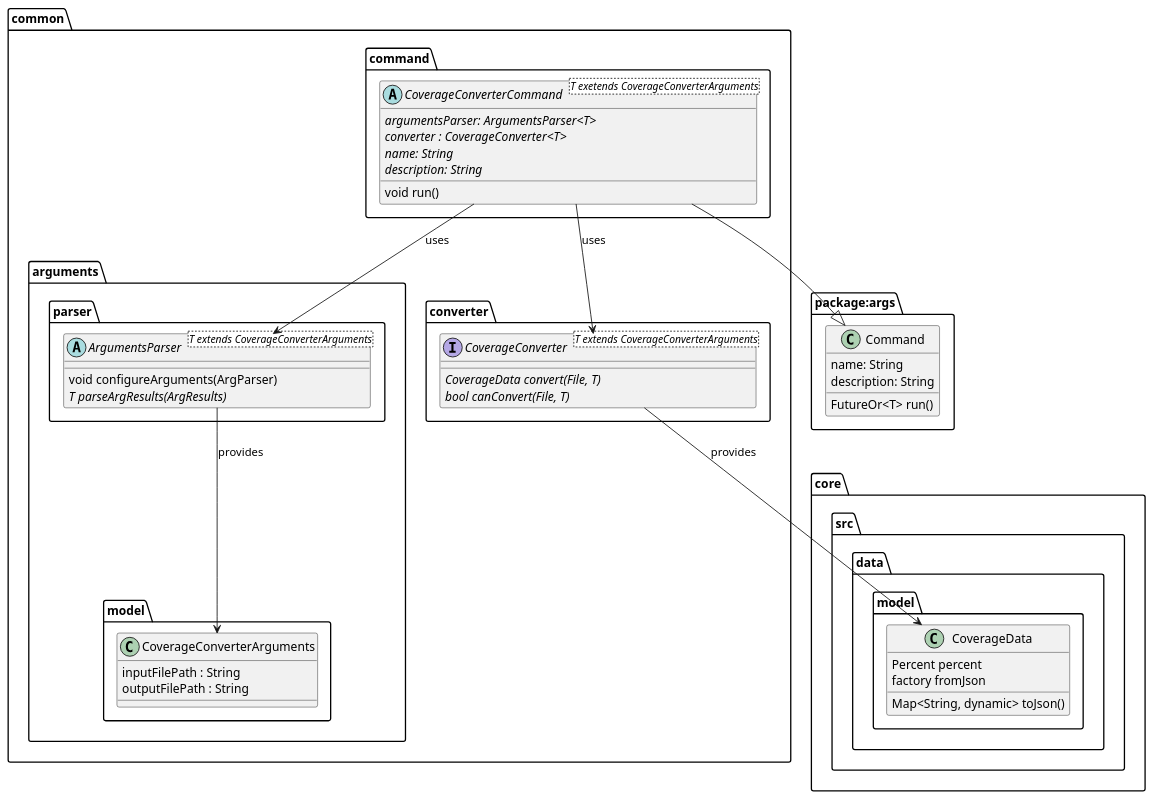
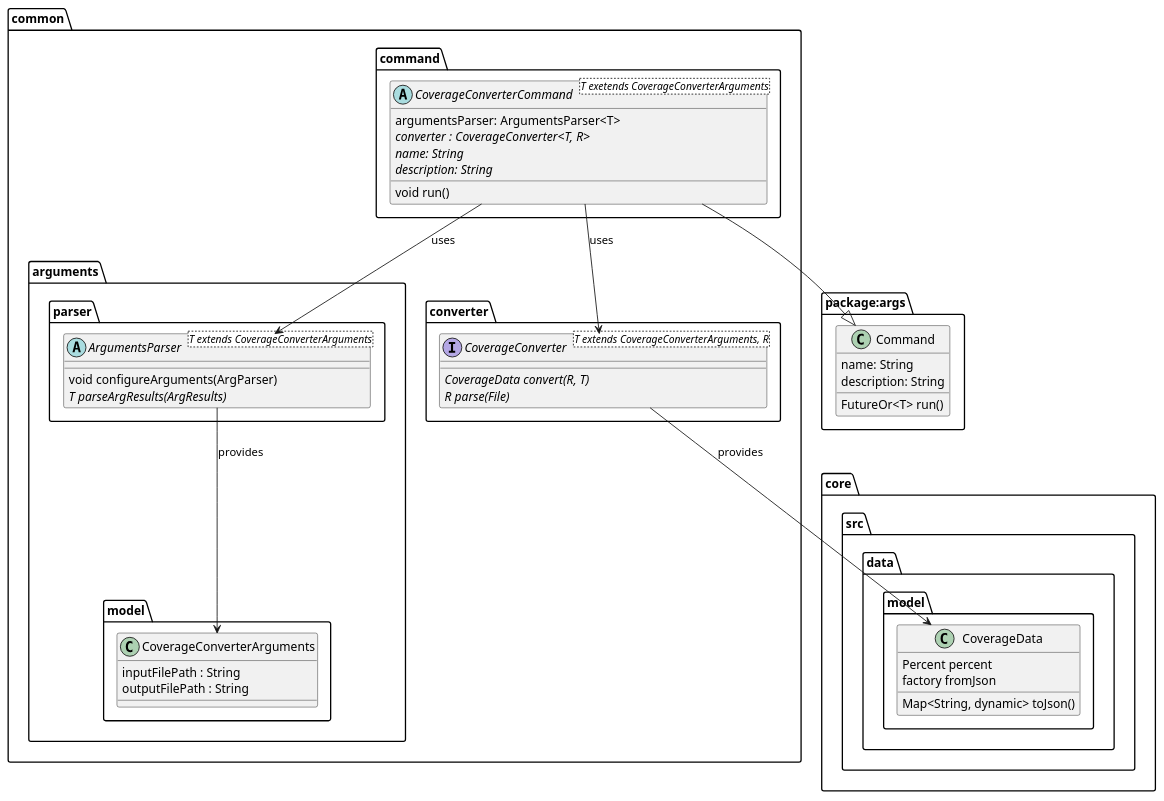
The diagram in metrics/coverage_converter/docs/diagrams/coverage_interfaces_diagram.puml (Flank/flank-dashboard), drawn with PlantUML before and after one commit. The commit also changed 4 other files, not shown here.

```diff
--- a/metrics/coverage_converter/docs/diagrams/coverage_interfaces_diagram.puml
+++ b/metrics/coverage_converter/docs/diagrams/coverage_interfaces_diagram.puml
@@ -1,63 +1,63 @@
 @startuml coverage_interfaces_diagram.puml
 
 package package:args {
     class Command {
         name: String
         description: String
         FutureOr<T> run()
     }
 }
 
 
 package core.src.data.model {
     class CoverageData {
         Percent percent
         Map<String, dynamic> toJson()
         factory fromJson
     }
 }
 
 
 package common {
     package arguments {
         package model {
             class CoverageConverterArguments {
                 inputFilePath : String
                 outputFilePath : String
             }
         }
 
         package parser {
             abstract ArgumentsParser<T extends CoverageConverterArguments> {
                 void configureArguments(ArgParser)
                 {abstract} T parseArgResults(ArgResults)
             }
         }
     }
 
 
     package command {
         abstract CoverageConverterCommand<T exetends CoverageConverterArguments> {
-            {abstract} argumentsParser: ArgumentsParser<T>
-            {abstract} converter : CoverageConverter<T>
+            argumentsParser: ArgumentsParser<T>
+            {abstract} converter : CoverageConverter<T, R>
             {abstract} name: String
             {abstract} description: String
             void run()
         }
     }
 
     package converter {
-        interface CoverageConverter<T extends CoverageConverterArguments> {
-            {abstract} CoverageData convert(File, T)
-            {abstract} bool canConvert(File, T)
+        interface CoverageConverter<T extends CoverageConverterArguments, R> {
+            {abstract} CoverageData convert(R, T)
+            {abstract} R parse(File)
         }
     }
 }
 
 CoverageConverterCommand --|> Command
 CoverageConverter --> CoverageData : provides
 CoverageConverterCommand --> CoverageConverter : uses
 CoverageConverterCommand --> ArgumentsParser : uses
 ArgumentsParser --> CoverageConverterArguments : provides
 
 @enduml
```
